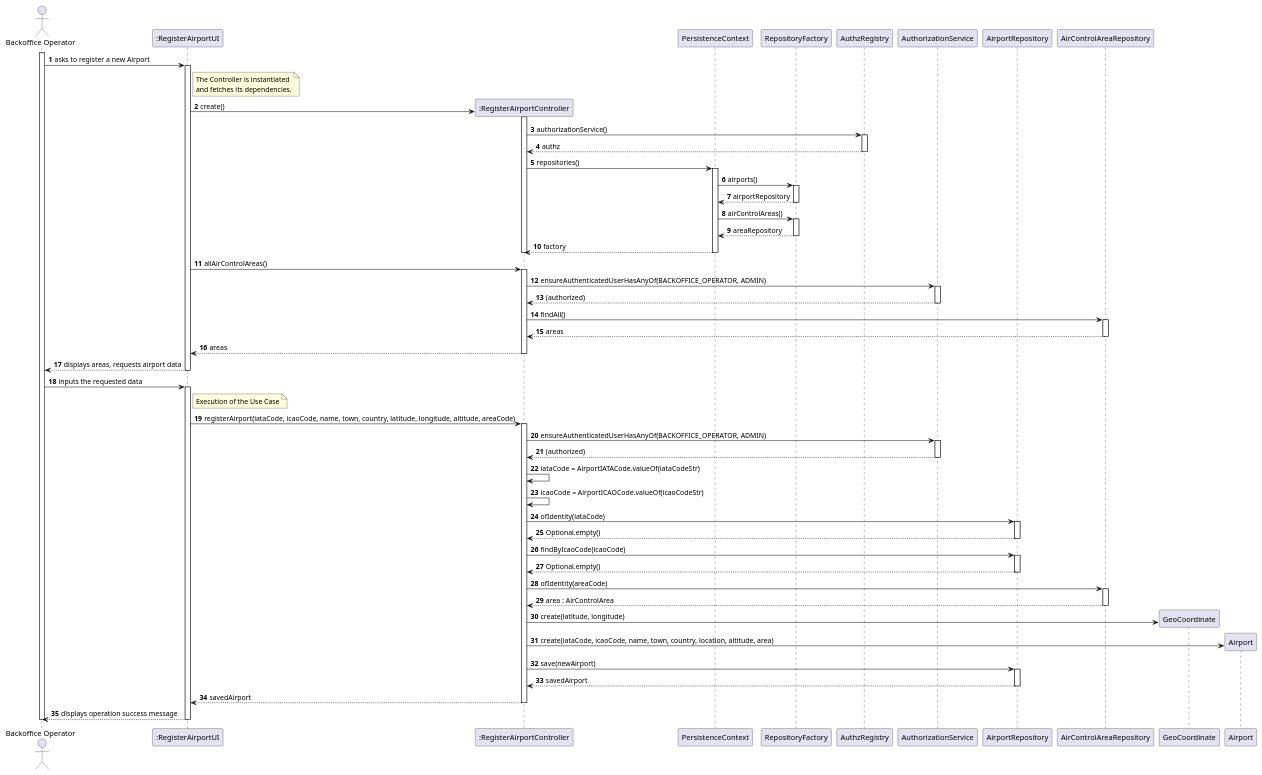
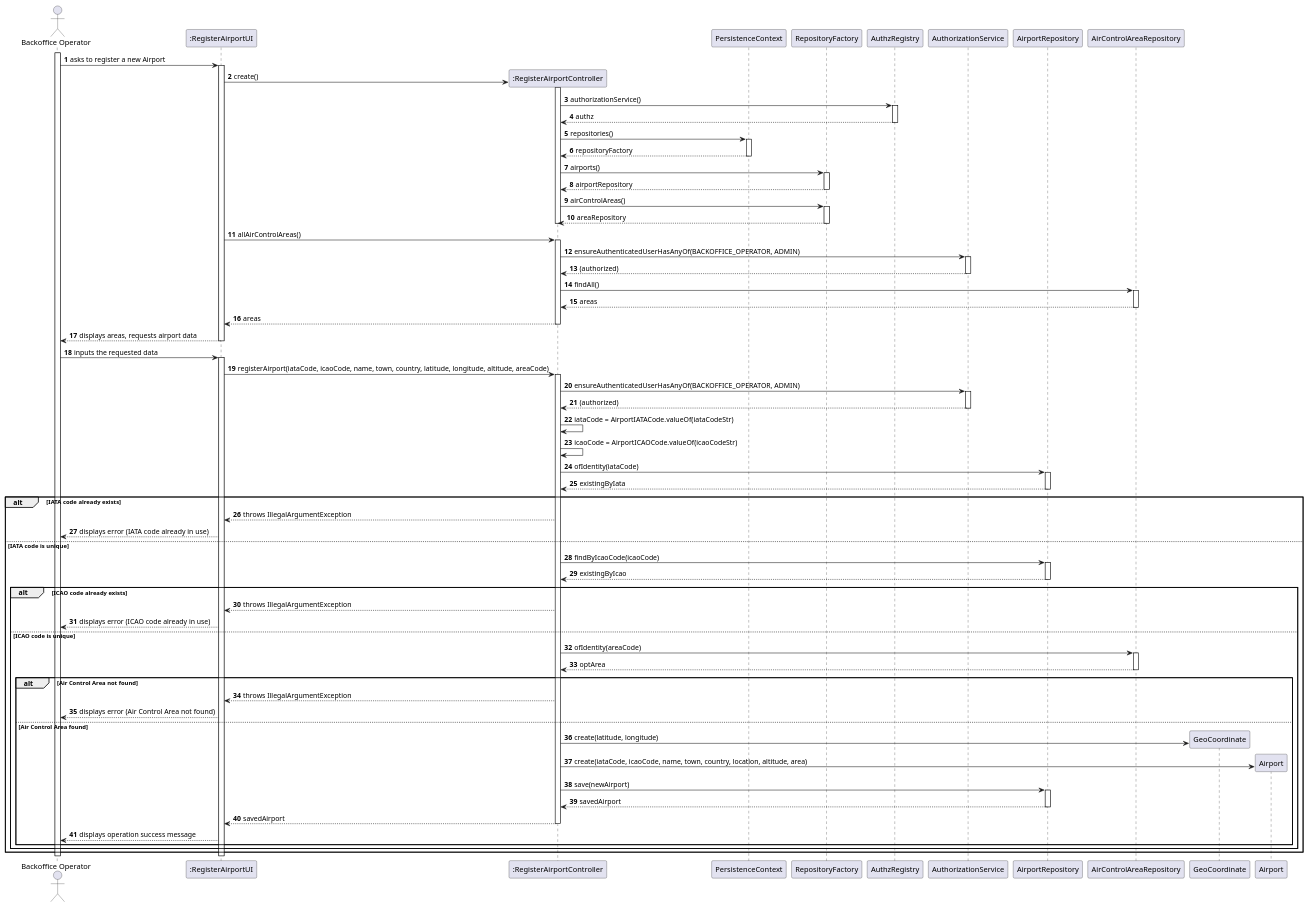
One commit to brunodspinto/aisafe changed the diagram in aisafe.base/docs/user-stories/us052/puml/US052-SD.puml. Above: the diagram before and after it, drawn with PlantUML. The commit also changed 4 other files, not shown here.

```diff
--- a/aisafe.base/docs/user-stories/us052/puml/US052-SD.puml
+++ b/aisafe.base/docs/user-stories/us052/puml/US052-SD.puml
@@ -1,110 +1,118 @@
 @startuml sd052
 skinparam packageStyle rectangle
 skinparam shadowing false
 autonumber
 
 actor "Backoffice Operator" as BOP
 participant ":RegisterAirportUI" as UI
 participant ":RegisterAirportController" as CTRL
 participant "PersistenceContext" as PC
 participant "RepositoryFactory" as FACT
 participant "AuthzRegistry" as AUTHZR
 participant "AuthorizationService" as AUTHZ
 participant "AirportRepository" as REPO
 participant "AirControlAreaRepository" as AREA_REPO
 participant "GeoCoordinate" as GEO
 participant "Airport" as AIRPORT
 
 activate BOP
 
 BOP -> UI : asks to register a new Airport
 activate UI
 
-note right of UI
-  The Controller is instantiated
-  and fetches its dependencies.
-end note
 UI -> CTRL** : create()
 activate CTRL
 CTRL -> AUTHZR : authorizationService()
 activate AUTHZR
 AUTHZR --> CTRL : authz
 deactivate AUTHZR
 CTRL -> PC : repositories()
 activate PC
-PC -> FACT : airports()
+PC --> CTRL : repositoryFactory
+deactivate PC
+CTRL -> FACT : airports()
 activate FACT
-FACT --> PC : airportRepository
+FACT --> CTRL : airportRepository
 deactivate FACT
-PC -> FACT : airControlAreas()
+CTRL -> FACT : airControlAreas()
 activate FACT
-FACT --> PC : areaRepository
+FACT --> CTRL : areaRepository
 deactivate FACT
-PC --> CTRL : factory
-deactivate PC
 deactivate CTRL
 
 UI -> CTRL : allAirControlAreas()
 activate CTRL
 CTRL -> AUTHZ : ensureAuthenticatedUserHasAnyOf(BACKOFFICE_OPERATOR, ADMIN)
 activate AUTHZ
 AUTHZ --> CTRL : (authorized)
 deactivate AUTHZ
 CTRL -> AREA_REPO : findAll()
 activate AREA_REPO
 AREA_REPO --> CTRL : areas
 deactivate AREA_REPO
 CTRL --> UI : areas
 deactivate CTRL
 
 UI --> BOP : displays areas, requests airport data
 deactivate UI
 
 BOP -> UI : inputs the requested data
 activate UI
 
-note right of UI
-  Execution of the Use Case
-end note
 UI -> CTRL : registerAirport(iataCode, icaoCode, name, town, country, latitude, longitude, altitude, areaCode)
 activate CTRL
 
 CTRL -> AUTHZ : ensureAuthenticatedUserHasAnyOf(BACKOFFICE_OPERATOR, ADMIN)
 activate AUTHZ
 AUTHZ --> CTRL : (authorized)
 deactivate AUTHZ
 
 CTRL -> CTRL : iataCode = AirportIATACode.valueOf(iataCodeStr)
 CTRL -> CTRL : icaoCode = AirportICAOCode.valueOf(icaoCodeStr)
 
 CTRL -> REPO : ofIdentity(iataCode)
 activate REPO
-REPO --> CTRL : Optional.empty()
+REPO --> CTRL : existingByIata
 deactivate REPO
 
-CTRL -> REPO : findByIcaoCode(icaoCode)
-activate REPO
-REPO --> CTRL : Optional.empty()
-deactivate REPO
+alt IATA code already exists
+    CTRL --> UI : throws IllegalArgumentException
+    UI --> BOP : displays error (IATA code already in use)
+else IATA code is unique
+    CTRL -> REPO : findByIcaoCode(icaoCode)
+    activate REPO
+    REPO --> CTRL : existingByIcao
+    deactivate REPO
 
-CTRL -> AREA_REPO : ofIdentity(areaCode)
-activate AREA_REPO
-AREA_REPO --> CTRL : area : AirControlArea
-deactivate AREA_REPO
+    alt ICAO code already exists
+        CTRL --> UI : throws IllegalArgumentException
+        UI --> BOP : displays error (ICAO code already in use)
+    else ICAO code is unique
+        CTRL -> AREA_REPO : ofIdentity(areaCode)
+        activate AREA_REPO
+        AREA_REPO --> CTRL : optArea
+        deactivate AREA_REPO
 
-CTRL -> GEO** : create(latitude, longitude)
-CTRL -> AIRPORT** : create(iataCode, icaoCode, name, town, country, location, altitude, area)
+        alt Air Control Area not found
+            CTRL --> UI : throws IllegalArgumentException
+            UI --> BOP : displays error (Air Control Area not found)
+        else Air Control Area found
+            CTRL -> GEO** : create(latitude, longitude)
+            CTRL -> AIRPORT** : create(iataCode, icaoCode, name, town, country, location, altitude, area)
 
-CTRL -> REPO : save(newAirport)
-activate REPO
-REPO --> CTRL : savedAirport
-deactivate REPO
+            CTRL -> REPO : save(newAirport)
+            activate REPO
+            REPO --> CTRL : savedAirport
+            deactivate REPO
 
-CTRL --> UI : savedAirport
-deactivate CTRL
+            CTRL --> UI : savedAirport
+            deactivate CTRL
 
-UI --> BOP : displays operation success message
+            UI --> BOP : displays operation success message
+        end
+    end
+end
 deactivate UI
 deactivate BOP
 
 @enduml
```
